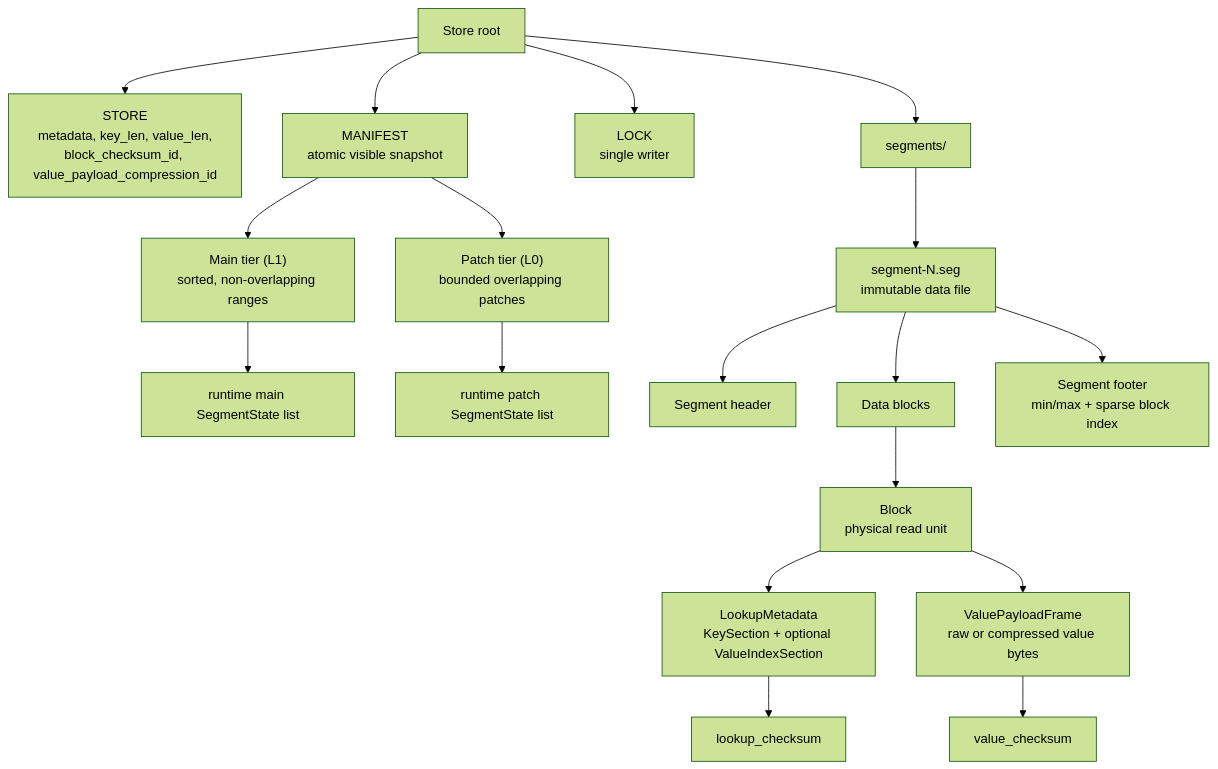
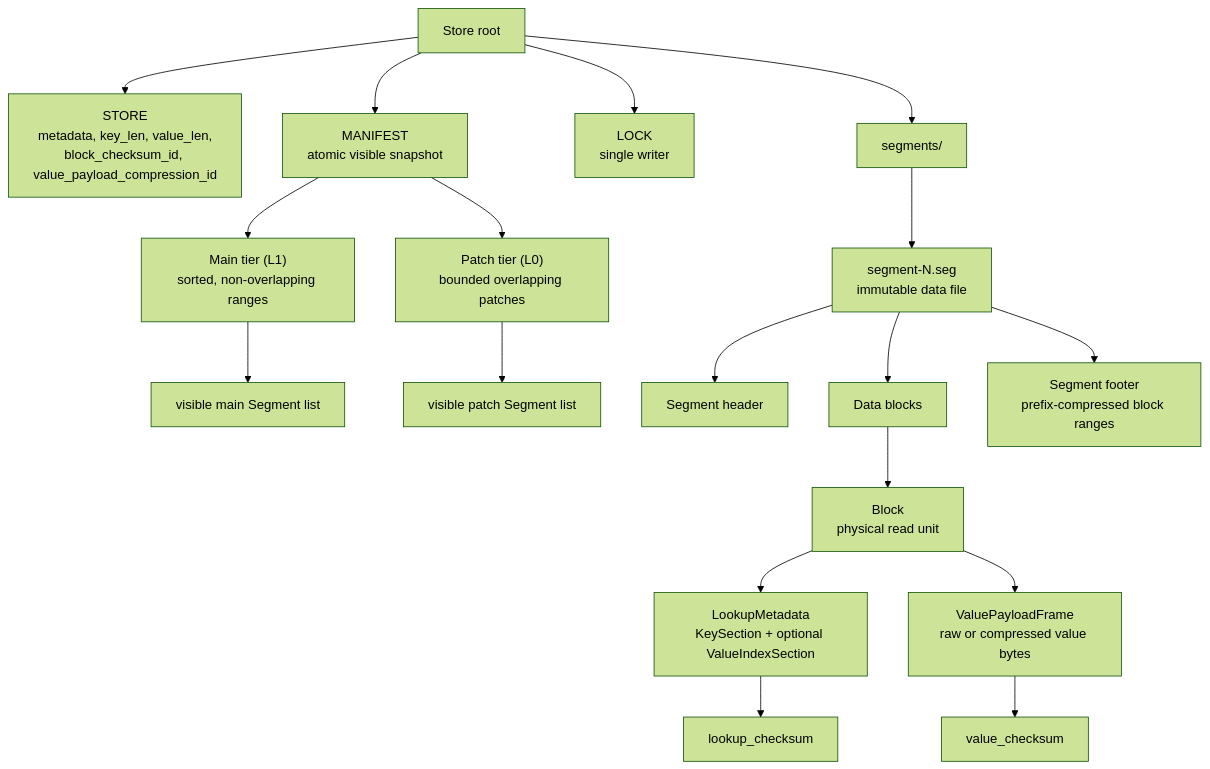
One commit to wangl-cc/evo-ssa-tools changed the first of 7 diagrams in crates/segment-cache-store/docs/design.md. Above: the diagram before and after it, drawn with Mermaid (forest theme). The commit also changed other lines of this file and 58 other files, not shown here.

````diff
--- a/crates/segment-cache-store/docs/design.md
+++ b/crates/segment-cache-store/docs/design.md
@@ -115,24 +115,24 @@
 ```mermaid
 flowchart TD
   Root["Store root"] --> StoreFile["STORE<br/>metadata, key_len, value_len,<br/>block_checksum_id, value_payload_compression_id"]
   Root --> Manifest["MANIFEST<br/>atomic visible snapshot"]
   Root --> Lock["LOCK<br/>single writer"]
   Root --> SegmentDir["segments/"]
 
   Manifest --> MainTier["Main tier (L1)<br/>sorted, non-overlapping ranges"]
   Manifest --> PatchTier["Patch tier (L0)<br/>bounded overlapping patches"]
 
-  MainTier --> RuntimeMain["runtime main SegmentState list"]
-  PatchTier --> RuntimePatch["runtime patch SegmentState list"]
+  MainTier --> RuntimeMain["visible main Segment list"]
+  PatchTier --> RuntimePatch["visible patch Segment list"]
   SegmentDir --> SegmentFile["segment-N.seg<br/>immutable data file"]
 
   SegmentFile --> Header["Segment header"]
   SegmentFile --> Blocks["Data blocks"]
-  SegmentFile --> Footer["Segment footer<br/>min/max + sparse block index"]
+  SegmentFile --> Footer["Segment footer<br/>prefix-compressed block ranges"]
 
   Blocks --> Block["Block<br/>physical read unit"]
   Block --> LookupMetadata["LookupMetadata<br/>KeySection + optional ValueIndexSection"]
   LookupMetadata --> LookupChecksum["lookup_checksum"]
   Block --> ValuePayload["ValuePayloadFrame<br/>raw or compressed value bytes"]
   ValuePayload --> ValueChecksum["value_checksum"]
 ```
````
